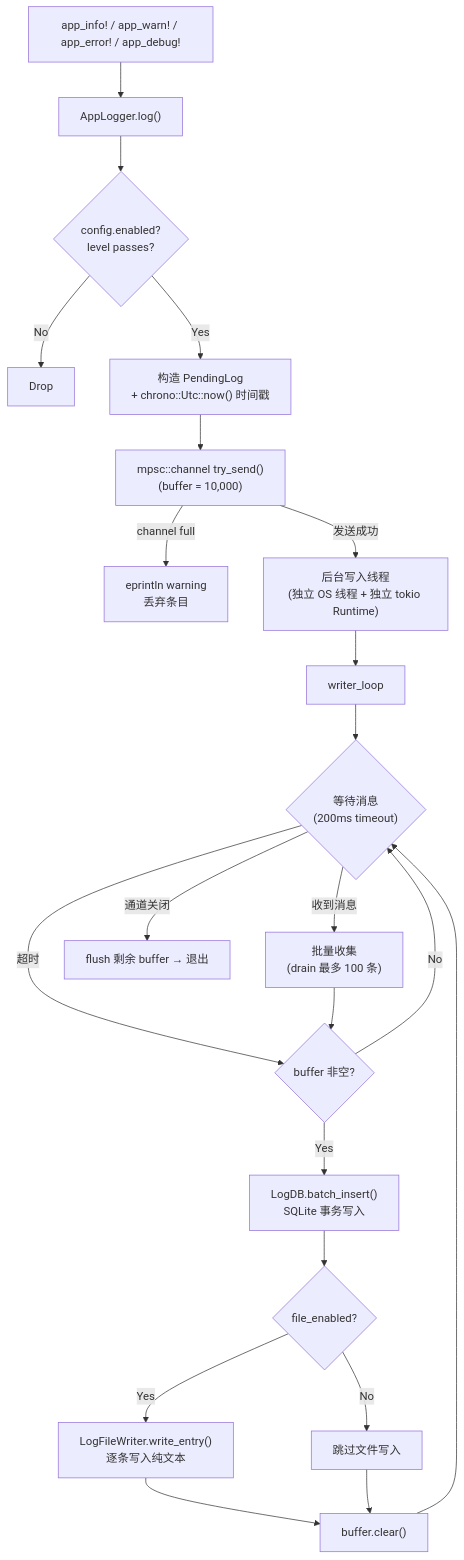
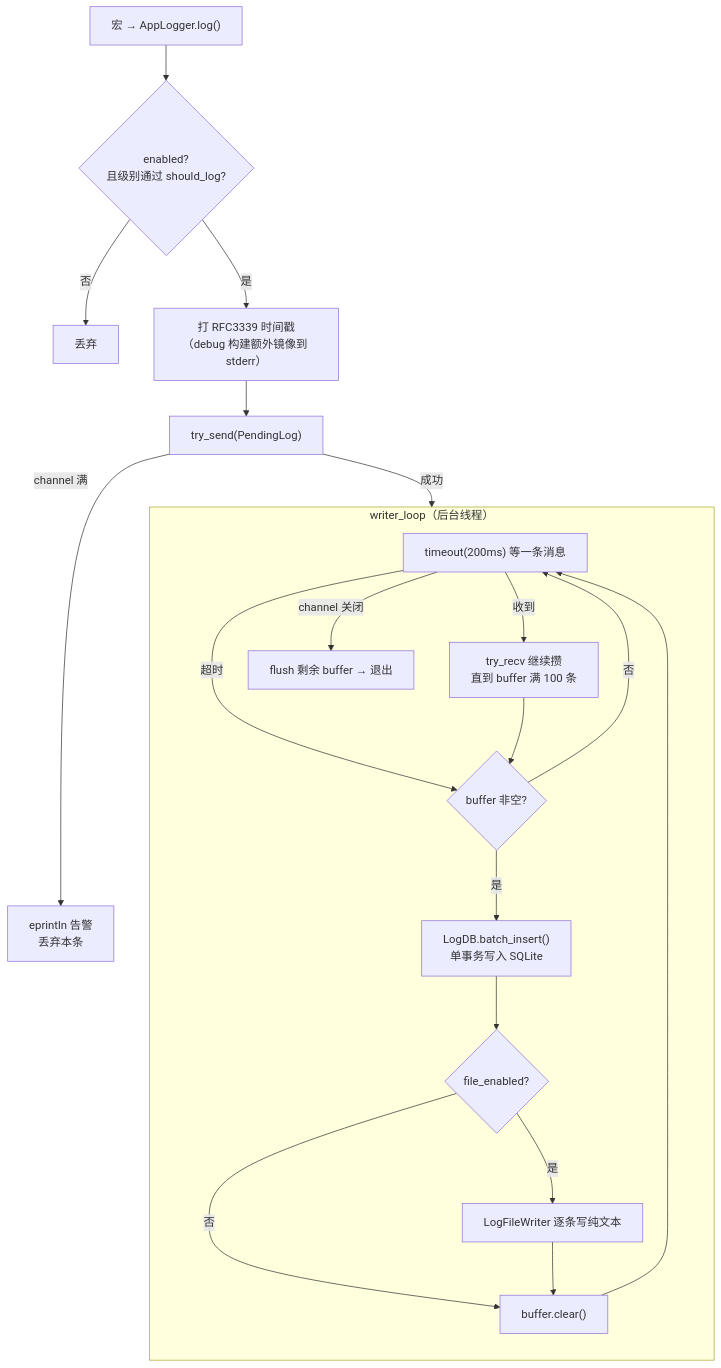
The second of 3 diagrams in docs/architecture/logging.md (shiwenwen/hope-agent), drawn with Mermaid before and after one commit. The commit also changed other lines of this file and 5 other files, not shown here.

````diff
--- a/docs/architecture/logging.md
+++ b/docs/architecture/logging.md
@@ -18,25 +72,25 @@
 ```mermaid
 flowchart TD
-    A["app_info! / app_warn! / app_error! / app_debug!"] --> B["AppLogger.log()"]
-    B --> C{"config.enabled?<br>level passes?"}
-    C -- No --> D["Drop"]
-    C -- Yes --> E["构造 PendingLog<br>+ chrono::Utc::now() 时间戳"]
-    E --> F["mpsc::channel try_send()<br>(buffer = 10,000)"]
-    F -- "channel full" --> F2["eprintln warning<br>丢弃条目"]
-    F -- "发送成功" --> G["后台写入线程<br>(独立 OS 线程 + 独立 tokio Runtime)"]
-    G --> H["writer_loop"]
-    H --> I{"等待消息<br>(200ms timeout)"}
-    I -- "收到消息" --> J["批量收集<br>(drain 最多 100 条)"]
-    I -- "超时" --> K{"buffer 非空?"}
-    I -- "通道关闭" --> L["flush 剩余 buffer → 退出"]
-    J --> K
-    K -- Yes --> M["LogDB.batch_insert()<br>SQLite 事务写入"]
-    K -- No --> I
-    M --> N{"file_enabled?"}
-    N -- Yes --> O["LogFileWriter.write_entry()<br>逐条写入纯文本"]
-    N -- No --> P["跳过文件写入"]
-    O --> Q["buffer.clear()"]
-    P --> Q
-    Q --> I
+    A["宏 → AppLogger.log()"] --> B{"enabled?<br/>且级别通过 should_log?"}
+    B -- 否 --> DROP["丢弃"]
+    B -- 是 --> TS["打 RFC3339 时间戳<br/>（debug 构建额外镜像到 stderr）"]
+    TS --> SEND["try_send(PendingLog)"]
+    SEND -- "channel 满" --> WARN["eprintln 告警<br/>丢弃本条"]
+    SEND -- 成功 --> RECV
 
+    subgraph loop["writer_loop（后台线程）"]
+        direction TB
+        RECV["timeout(200ms) 等一条消息"]
+        RECV -- 收到 --> DRAIN["try_recv 继续攒<br/>直到 buffer 满 100 条"]
+        RECV -- 超时 --> CHECK
+        RECV -- "channel 关闭" --> FINAL["flush 剩余 buffer → 退出"]
+        DRAIN --> CHECK{"buffer 非空?"}
+        CHECK -- 否 --> RECV
+        CHECK -- 是 --> WRITE["LogDB.batch_insert()<br/>单事务写入 SQLite"]
+        WRITE --> FILE{"file_enabled?"}
+        FILE -- 是 --> WF["LogFileWriter 逐条写纯文本"]
+        FILE -- 否 --> CLR
+        WF --> CLR["buffer.clear()"]
+        CLR --> RECV
+    end
 ```
````
